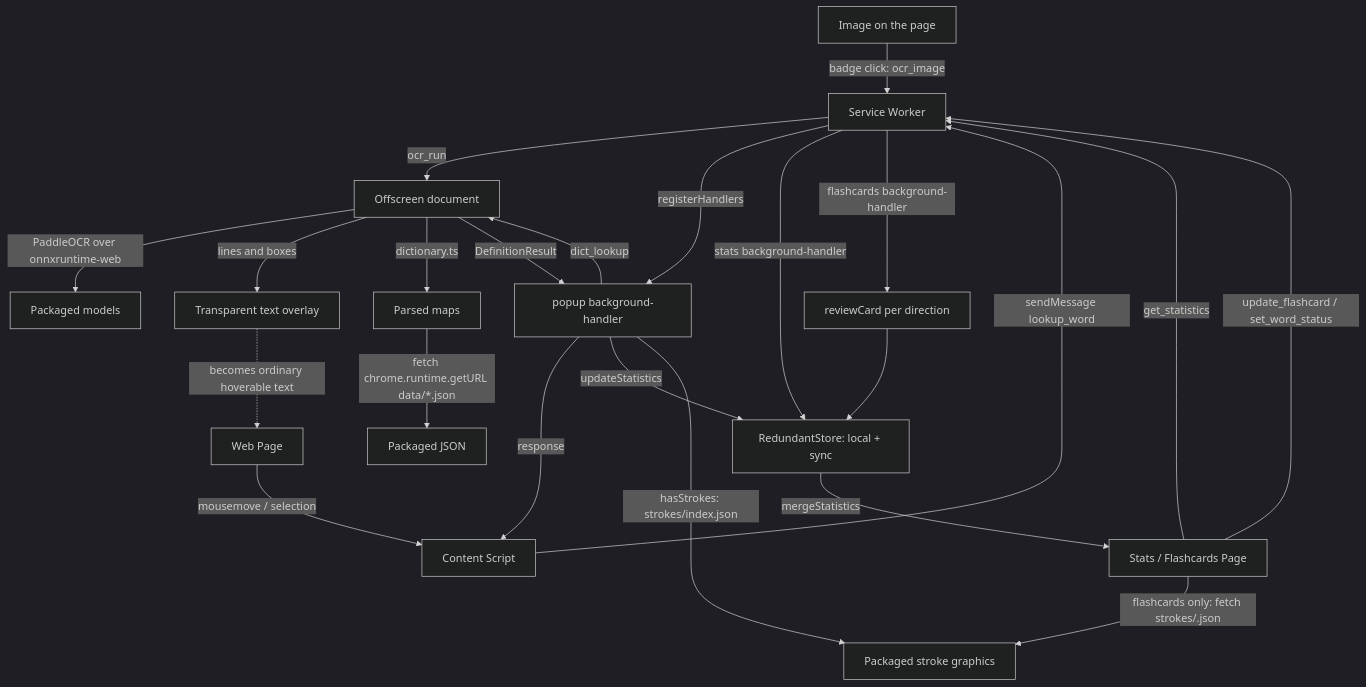
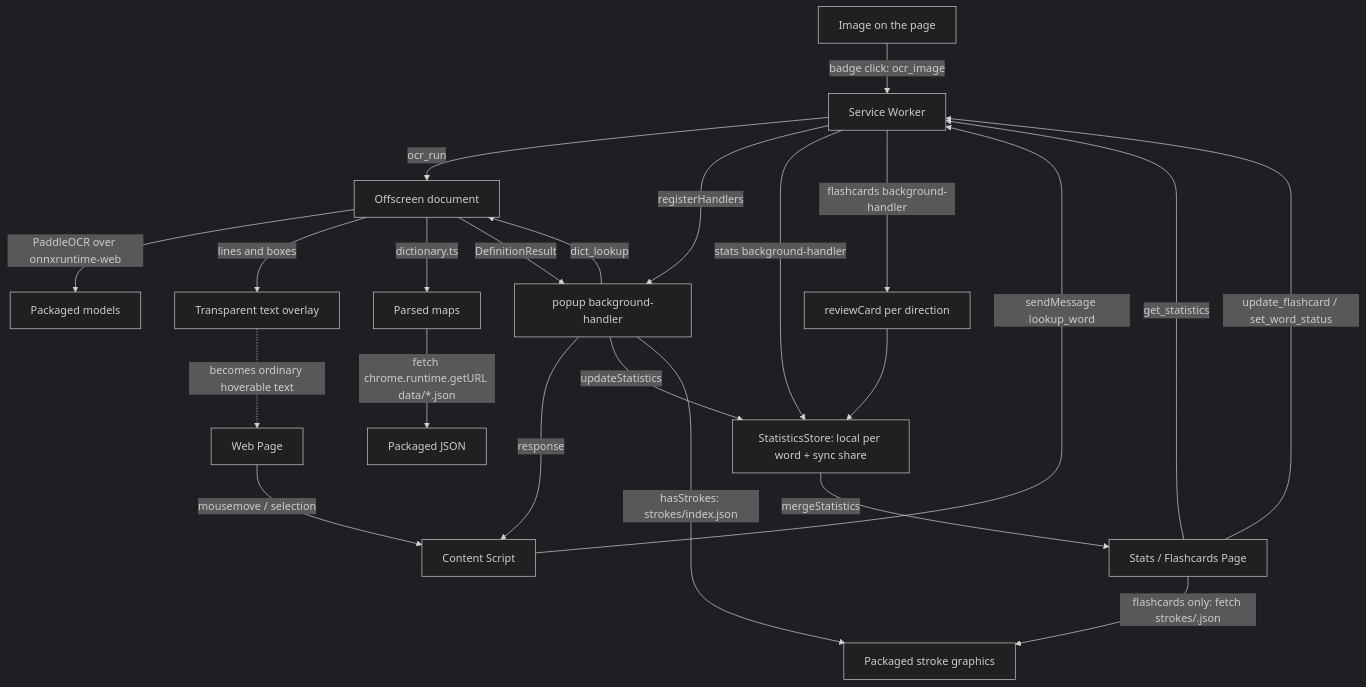
One commit to vwongdev/canto-toolbox changed the diagram in .claude/docs/architecture.md. Above: the diagram before and after it, drawn with Mermaid (dark theme). The commit also changed other lines of this file and 2 other files, not shown here.

Commit message:
ai(global): Document per-word statistics storage and the sync share

````diff
--- a/.claude/docs/architecture.md
+++ b/.claude/docs/architecture.md
@@ -120,25 +118,25 @@
 ```mermaid
 flowchart TD
     I[Image on the page] -->|badge click: ocr_image| C
     C -->|ocr_run| O[Offscreen document]
     O -->|PaddleOCR over onnxruntime-web| P[Packaged models]
     O -->|lines and boxes| N[Transparent text overlay]
     N -.->|becomes ordinary hoverable text| A
     A[Web Page] -->|mousemove / selection| B[Content Script]
     B -->|sendMessage lookup_word| C[Service Worker]
     C -->|registerHandlers| H1[popup background-handler]
     H1 -->|dict_lookup| O
     O -->|dictionary.ts| D[Parsed maps]
     D -->|fetch chrome.runtime.getURL data/*.json| E[Packaged JSON]
     O -->|DefinitionResult| H1
     H1 -->|response| B
-    H1 -->|updateStatistics| F[RedundantStore: local + sync]
+    H1 -->|updateStatistics| F[StatisticsStore: local per word + sync share]
     G[Stats / Flashcards Page] -->|get_statistics| C
     G -->|flashcards only: fetch strokes/<char>.json| S[Packaged stroke graphics]
     H1 -->|hasStrokes: strokes/index.json| S
     C -->|stats background-handler| F
     F -->|mergeStatistics| G
     G -->|update_flashcard / set_word_status| C
     C -->|flashcards background-handler| H2[reviewCard per direction]
     H2 --> F
 ```
````
